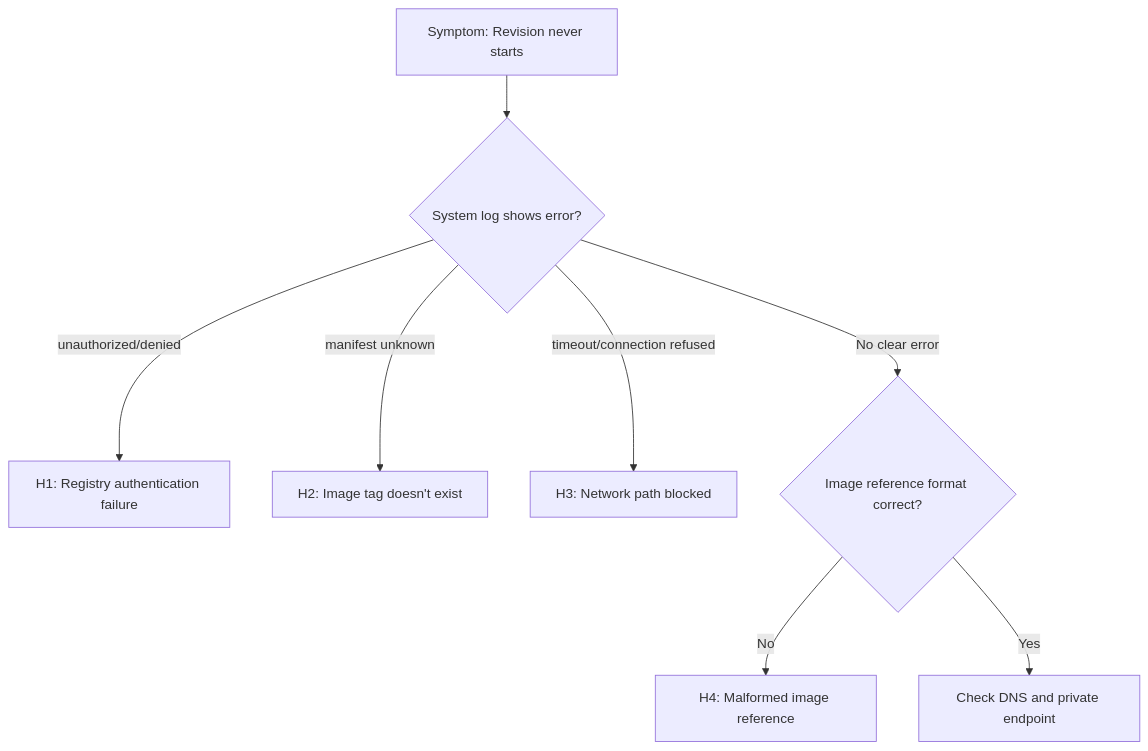
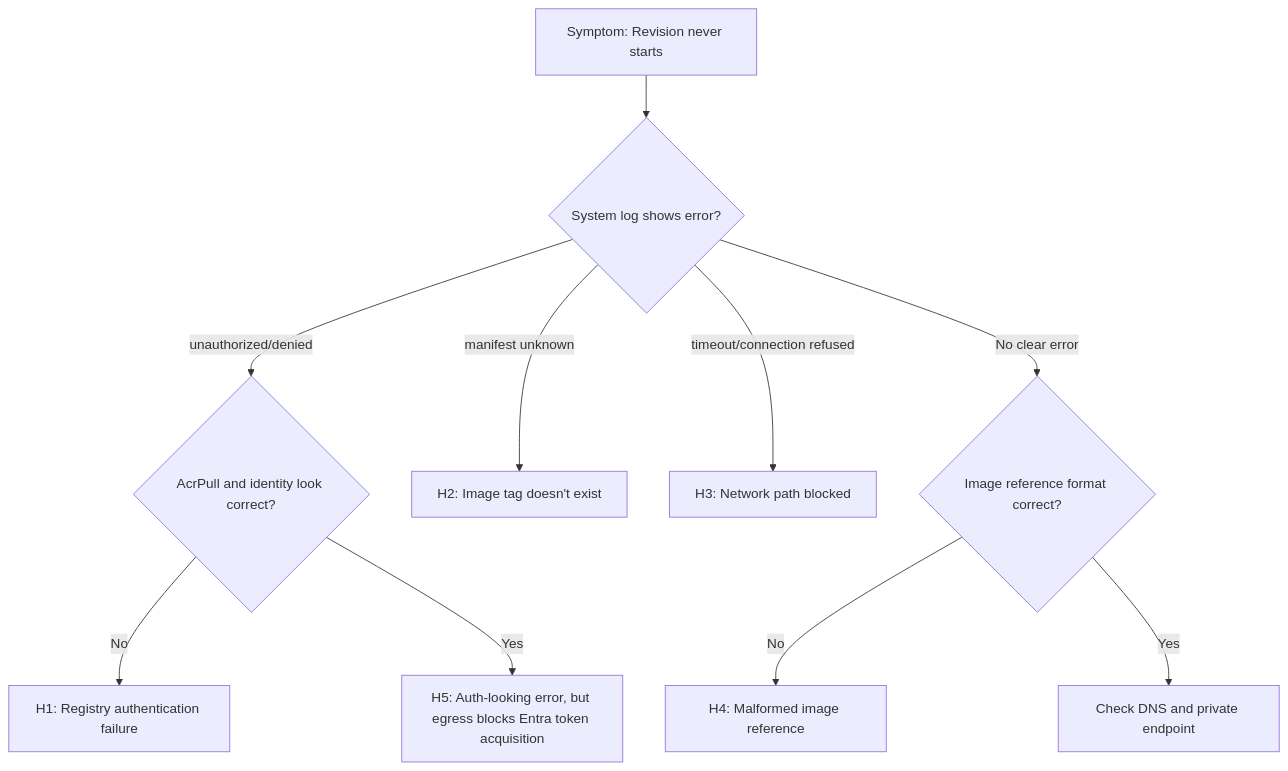
The diagram in docs/troubleshooting/playbooks/startup-and-provisioning/image-pull-failure.md (yeongseon/azure-container-apps-practical-guide), drawn with Mermaid before and after one commit. The commit also changed other lines of this file and 200 other files, not shown here.

````diff
--- a/docs/troubleshooting/playbooks/startup-and-provisioning/image-pull-failure.md
+++ b/docs/troubleshooting/playbooks/startup-and-provisioning/image-pull-failure.md
@@ -42,10 +49,12 @@
 ```mermaid
 graph TD
     A[Symptom: Revision never starts] --> B{System log shows error?}
-    B -->|unauthorized/denied| H1[H1: Registry authentication failure]
+    B -->|unauthorized/denied| E{AcrPull and identity look correct?}
+    E -->|No| H1[H1: Registry authentication failure]
+    E -->|Yes| H5[H5: Auth-looking error, but egress blocks Entra token acquisition]
     B -->|manifest unknown| H2[H2: Image tag doesn't exist]
     B -->|timeout/connection refused| H3[H3: Network path blocked]
     B -->|No clear error| C{Image reference format correct?}
     C -->|No| H4[H4: Malformed image reference]
     C -->|Yes| D[Check DNS and private endpoint]
 ```
````
